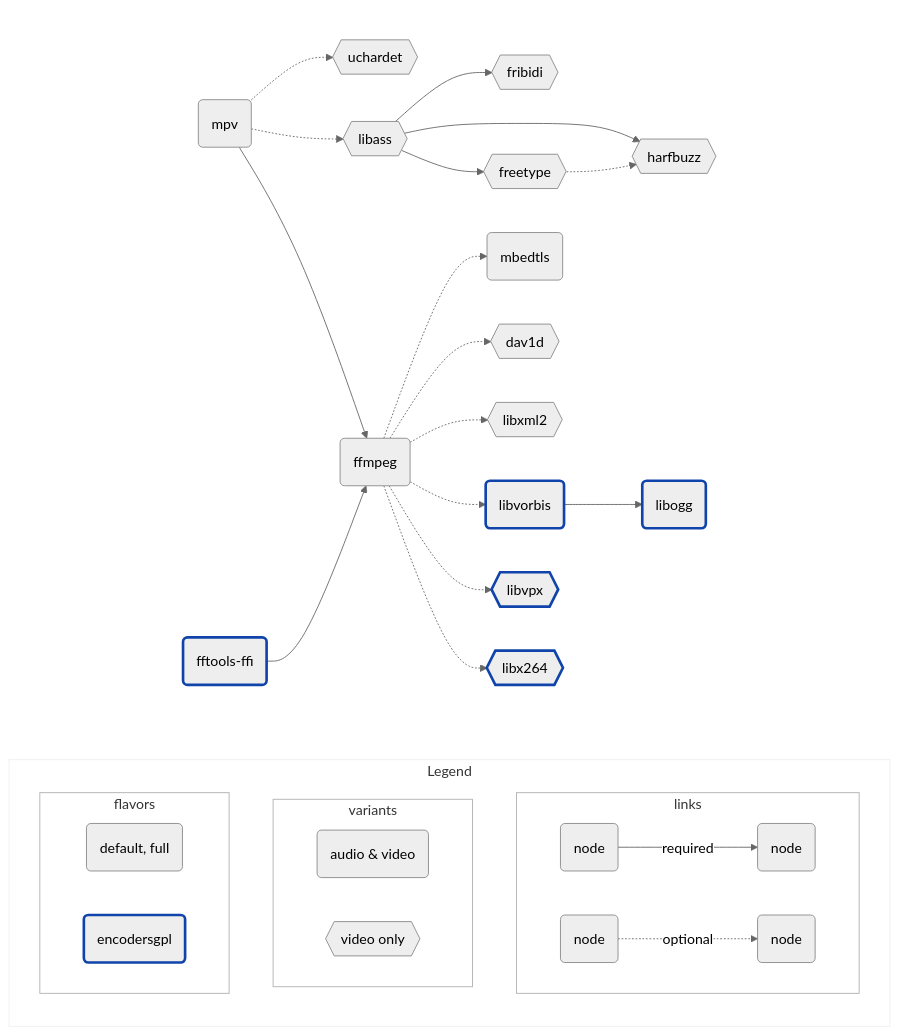
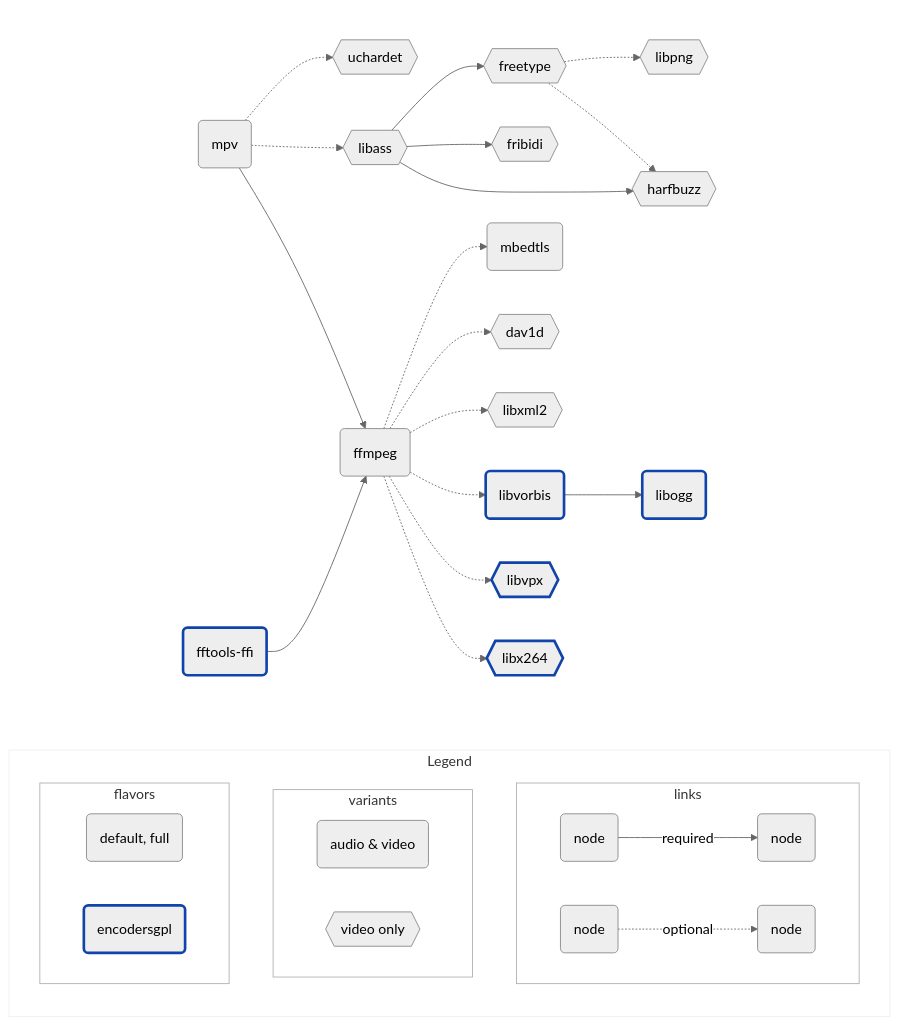
One commit to media-kit/libmpv-darwin-build changed the diagram in README.md. Above: the diagram before and after it, drawn with Mermaid (neutral theme). The commit also changed other lines of this file and 156 other files, not shown here.

````diff
--- a/README.md
+++ b/README.md
@@ -111,56 +155,57 @@
 ```mermaid
 flowchart LR
     subgraph legend[Legend]
         direction TB
         subgraph links
-            P(node):::decoders -- "required" --> Q(node):::decoders
-            R(node):::decoders -. "optional" .-> S(node):::decoders
+            Q(node):::decoders -- "required" --> R(node):::decoders
+            S(node):::decoders -. "optional" .-> T(node):::decoders
         end
 
         subgraph variants
-            T(audio & video):::decoders
-            U{{video only}}:::decoders
+            U(audio & video):::decoders
+            V{{video only}}:::decoders
         end
 
         subgraph flavors
-            V(default, full):::decoders
-            W(encodersgpl):::encoders
+            W(default, full):::decoders
+            X(encodersgpl):::encoders
         end
     end
 
     subgraph content[ ]
         direction LR
         A(mpv):::decoders -.-> B{{uchardet}}:::decoders
         A                 -.-> C{{libass}}:::decoders
         A                 -->  D(ffmpeg):::decoders
 
         E(fftools-ffi):::encoders --> D
 
         %% libass
-        C -->  F{{fribidi}}:::decoders
-        C -->  G{{harfbuzz}}:::decoders
-        C -->  H{{freetype}}:::decoders
-        H -.-> G
+        G -.-> F{{libpng}}:::decoders
+        C -->  G{{freetype}}:::decoders
+        C -->  H{{fribidi}}:::decoders
+        C -->  I{{harfbuzz}}:::decoders
+        G -.-> I
 
         %% ffmpeg
-        D -.-> I(mbedtls):::decoders
-        D -.-> J{{dav1d}}:::decoders
-        D -.-> K{{libxml2}}:::decoders
-        D -.-> L(libvorbis):::encoders
-        D -.-> M{{libvpx}}:::encoders
-        D -.-> N{{libx264}}:::encoders
-        L -->  O(libogg):::encoders
+        D -.-> J(mbedtls):::decoders
+        D -.-> K{{dav1d}}:::decoders
+        D -.-> L{{libxml2}}:::decoders
+        D -.-> M(libvorbis):::encoders
+        D -.-> N{{libvpx}}:::encoders
+        D -.-> O{{libx264}}:::encoders
+        M -->  P(libogg):::encoders
     end
 
     classDef decoders stroke:#888
     classDef encoders stroke:#14a,stroke-width:3px
     classDef legend fill:transparent,stroke:#8882
     classDef content fill:transparent,stroke:transparent
     classDef card fill:transparent,stroke:#888a
 
     legend:::legend
     content:::content
     links:::card
     variants:::card
     flavors:::card
 ```
````
